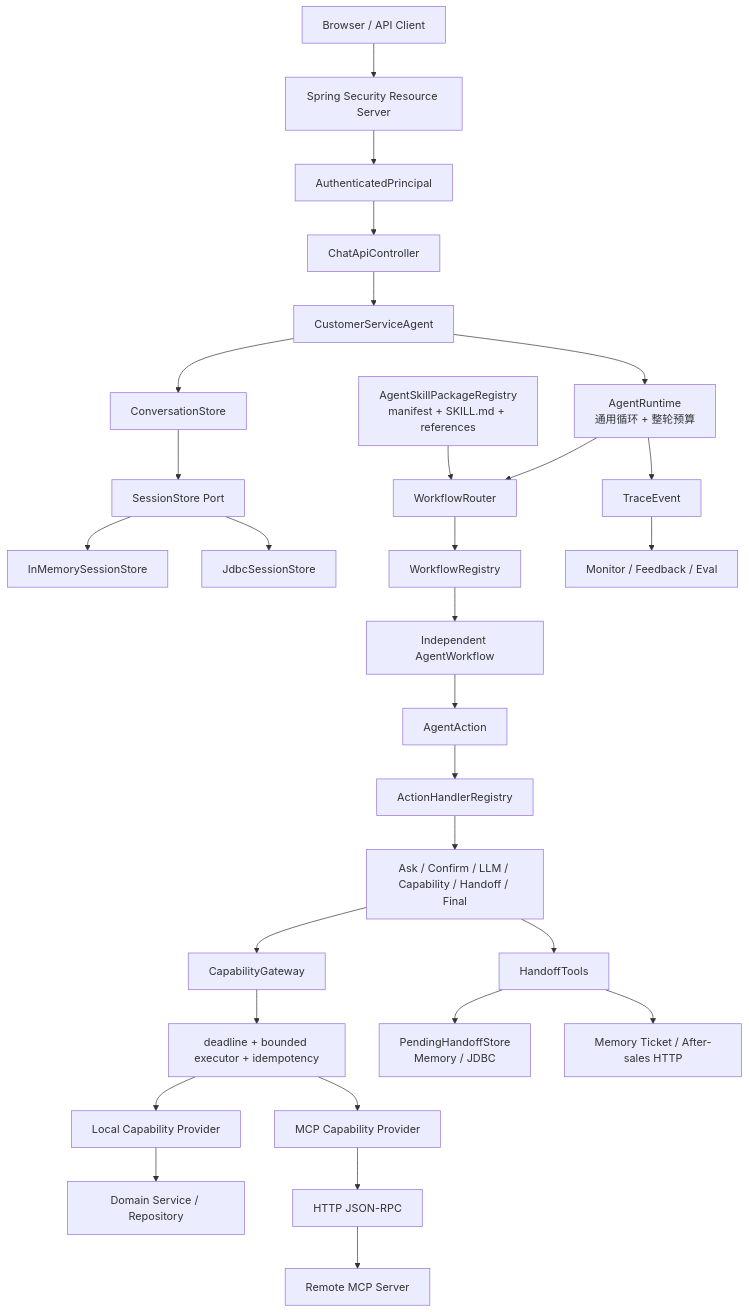
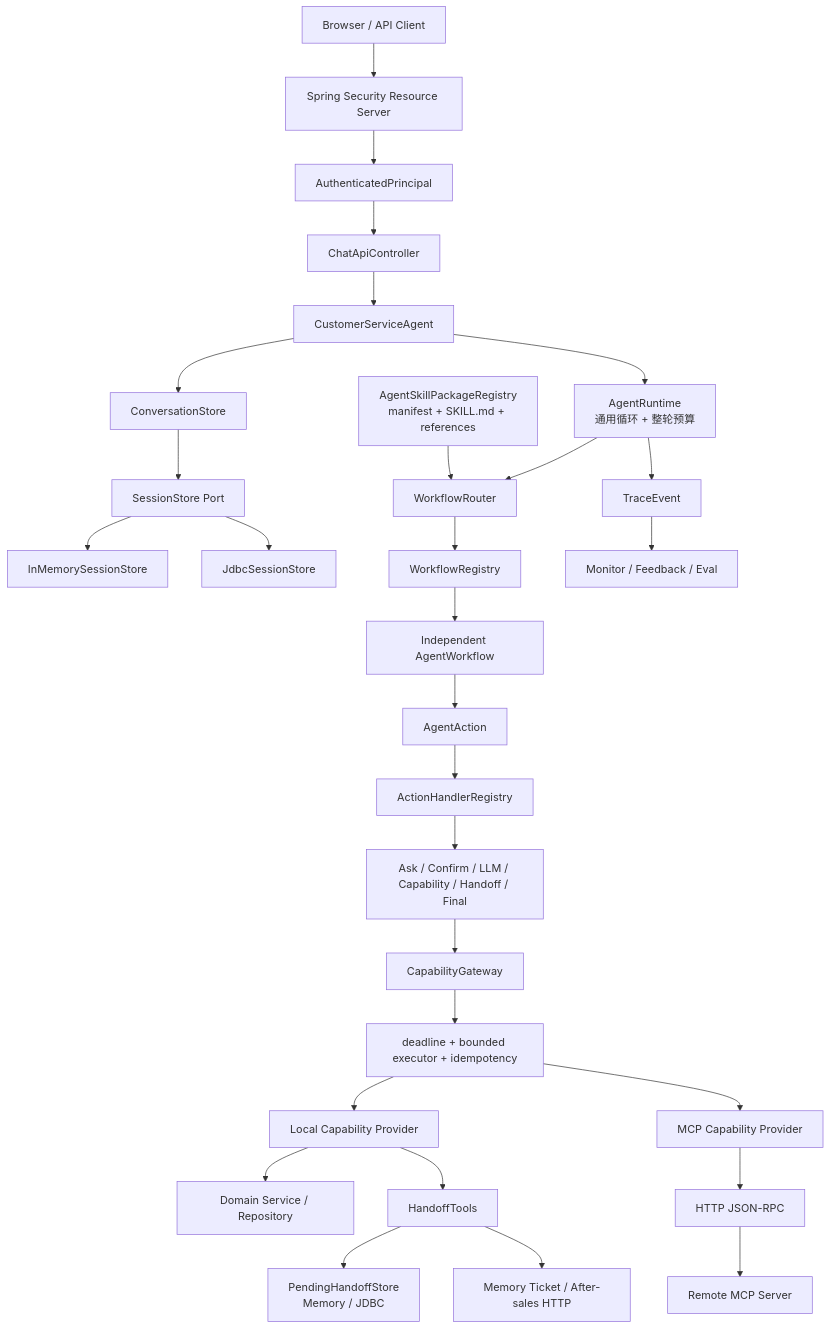
One commit to Auska-11/csagent changed the first of 2 diagrams in docs/客服Agent/客服Agent-01-架构设计.md. Above: the diagram before and after it, drawn with Mermaid. The commit also changed other lines of this file and 9 other files, not shown here.

````diff
--- a/docs/客服Agent/客服Agent-01-架构设计.md
+++ b/docs/客服Agent/客服Agent-01-架构设计.md
@@ -27,36 +28,36 @@
 ```mermaid
 flowchart TD
     Client["Browser / API Client"] --> Security["Spring Security Resource Server"]
     Security --> Principal["AuthenticatedPrincipal"]
     Principal --> Chat["ChatApiController"]
     Chat --> Agent["CustomerServiceAgent"]
 
     Agent --> Conversation["ConversationStore"]
     Conversation --> SessionPort["SessionStore Port"]
     SessionPort --> SessionMemory["InMemorySessionStore"]
     SessionPort --> SessionJdbc["JdbcSessionStore"]
 
     Agent --> Runtime["AgentRuntime<br/>通用循环 + 整轮预算"]
     SkillRegistry["AgentSkillPackageRegistry<br/>manifest + SKILL.md + references"] --> Router["WorkflowRouter"]
     Runtime --> Router
     Router --> WorkflowRegistry["WorkflowRegistry"]
     WorkflowRegistry --> Workflow["Independent AgentWorkflow"]
     Workflow --> Action["AgentAction"]
     Action --> HandlerRegistry["ActionHandlerRegistry"]
     HandlerRegistry --> Handler["Ask / Confirm / LLM / Capability / Handoff / Final"]
 
     Handler --> Gateway["CapabilityGateway"]
     Gateway --> ExecutionGuard["deadline + bounded executor + idempotency"]
     ExecutionGuard --> Local["Local Capability Provider"]
     ExecutionGuard --> Mcp["MCP Capability Provider"]
     Local --> Domain["Domain Service / Repository"]
+    Local --> Handoff["HandoffTools"]
     Mcp --> Transport["HTTP JSON-RPC"]
     Transport --> McpServer["Remote MCP Server"]
 
-    Handler --> Handoff["HandoffTools"]
     Handoff --> Outbox["PendingHandoffStore<br/>Memory / JDBC"]
     Handoff --> AfterSales["Memory Ticket / After-sales HTTP"]
 
     Runtime --> Trace["TraceEvent"]
     Trace --> Monitor["Monitor / Feedback / Eval"]
 ```
````
